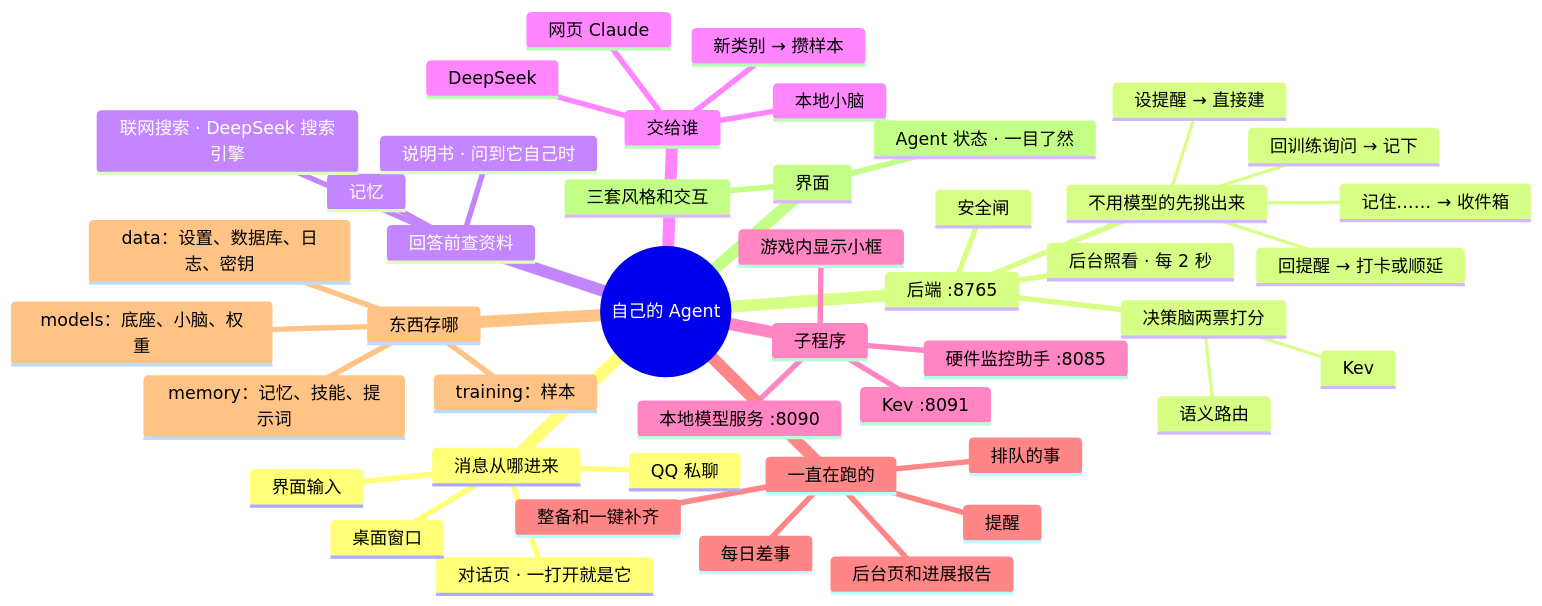
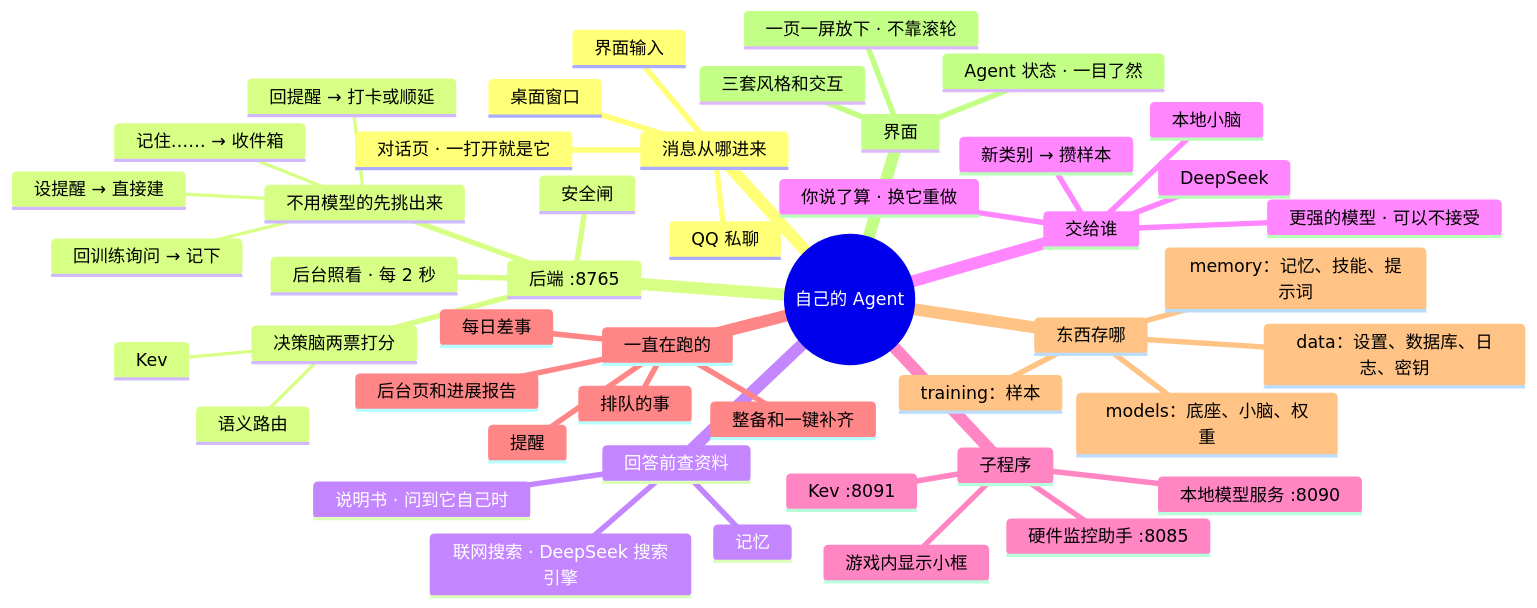
Before and after one commit to lql-076/Experiment-Agent-One: the diagram in docs/AI文档/架构/00-总览.md, drawn with Mermaid. The commit also changed other lines of this file and 55 other files, not shown here.

First line of the commit message:
v1.8.0：一页一屏放下、没有黑窗口、硬件监控助手开关、第三条路「更强的模型」和换它重做、CPU 读数和游戏识别修复

````diff
--- a/docs/AI文档/架构/00-总览.md
+++ b/docs/AI文档/架构/00-总览.md
@@ -9,74 +9,78 @@
 ```mermaid
 mindmap
   root((自己的 Agent))
     消息从哪进来
       对话页 · 一打开就是它
       :::go-12
       QQ 私聊
       :::svc-qq go-04
       界面输入
       桌面窗口
       :::go-13
     后端 :8765
     :::svc-backend
       不用模型的先挑出来
         回提醒 → 打卡或顺延
         回训练询问 → 记下
         设提醒 → 直接建
         记住…… → 收件箱
       决策脑两票打分
       :::go-01
         语义路由
         Kev
         :::svc-kev
       安全闸
       :::go-08
       后台照看 · 每 2 秒
     回答前查资料
       记忆
       :::go-05
       说明书 · 问到它自己时
       :::go-01
       联网搜索 · DeepSeek 搜索引擎
       :::go-03
     交给谁
       本地小脑
       :::go-02
       DeepSeek
       :::svc-ds go-03
-      网页 Claude
+      更强的模型 · 可以不接受
       :::go-03
+      你说了算 · 换它重做
+      :::go-01
       新类别 → 攒样本
       :::go-06
     子程序
       本地模型服务 :8090
       :::svc-model go-02
       Kev :8091
       :::svc-kev
       硬件监控助手 :8085
       :::svc-hw go-11
       游戏内显示小框
       :::go-11
     一直在跑的
       提醒
       :::go-04
       每日差事
       :::svc-nightly go-07
       排队的事
       :::svc-queue
       整备和一键补齐
       :::go-09
       后台页和进展报告
       :::go-10
     东西存哪
       data：设置、数据库、日志、密钥
       memory：记忆、技能、提示词
       :::go-05
       training：样本
       models：底座、小脑、权重
     界面
+      一页一屏放下 · 不靠滚轮
+      :::go-12
       Agent 状态 · 一目了然
       :::go-12
       三套风格和交互
       :::go-12
 ```
````
